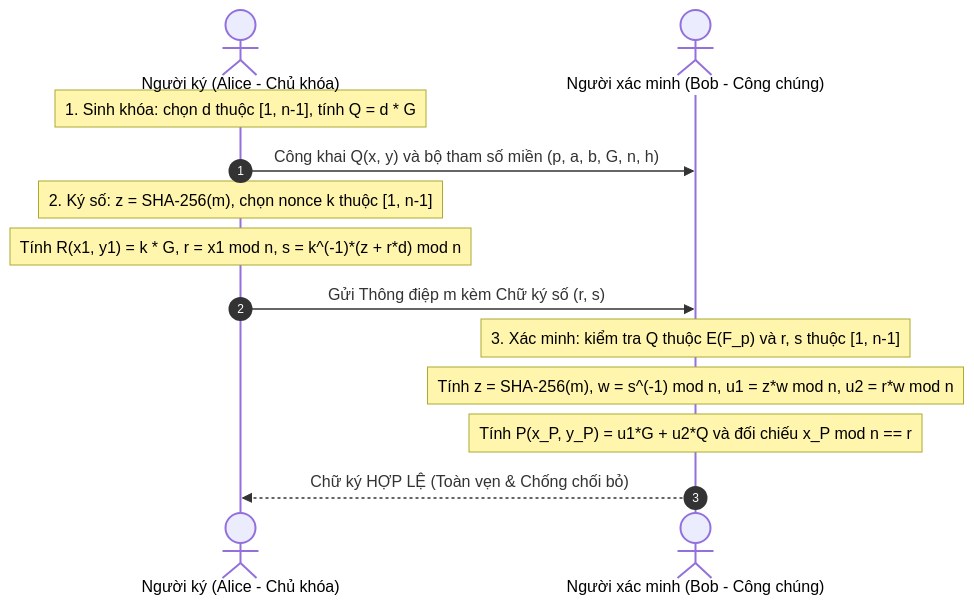
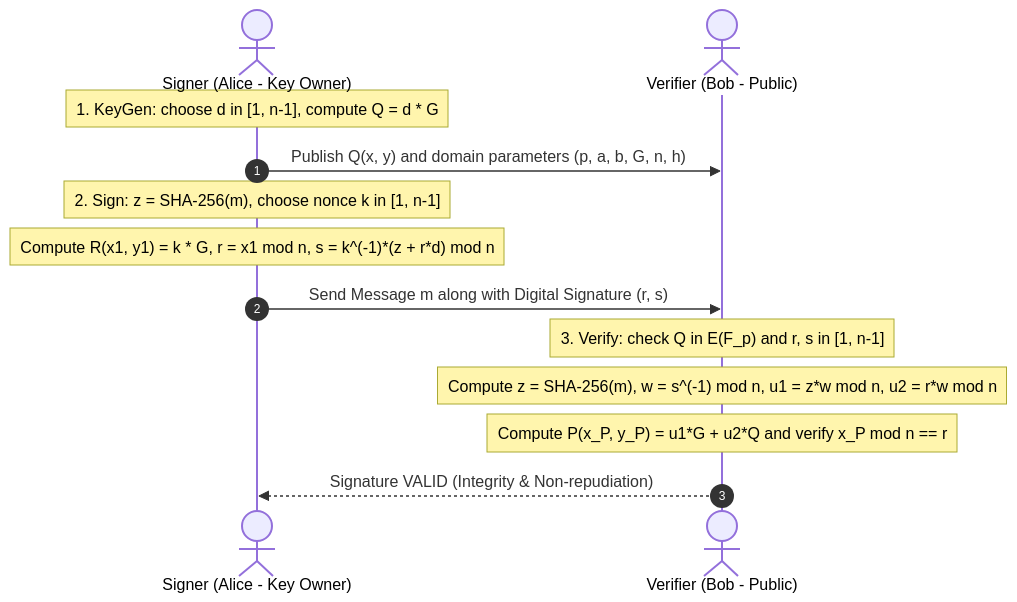
The fourth of 6 diagrams in docs/bao_cao_ecdsa.md (thuann2212/IS-TEXT-), drawn with Mermaid before and after one commit. The commit also changed other lines of this file and 5 other files, not shown here.

````diff
--- a/docs/bao_cao_ecdsa.md
+++ b/docs/bao_cao_ecdsa.md
@@ -210,15 +210,15 @@
 ```mermaid
 sequenceDiagram
     autonumber
-    actor Alice as Người ký (Alice - Chủ khóa)
-    actor Bob as Người xác minh (Bob - Công chúng)
-    Note over Alice: 1. Sinh khóa: chọn d thuộc [1, n-1], tính Q = d * G
-    Alice->>Bob: Công khai Q(x, y) và bộ tham số miền (p, a, b, G, n, h)
-    Note over Alice: 2. Ký số: z = SHA-256(m), chọn nonce k thuộc [1, n-1]
-    Note over Alice: Tính R(x1, y1) = k * G, r = x1 mod n, s = k^(-1)*(z + r*d) mod n
-    Alice->>Bob: Gửi Thông điệp m kèm Chữ ký số (r, s)
-    Note over Bob: 3. Xác minh: kiểm tra Q thuộc E(F_p) và r, s thuộc [1, n-1]
-    Note over Bob: Tính z = SHA-256(m), w = s^(-1) mod n, u1 = z*w mod n, u2 = r*w mod n
-    Note over Bob: Tính P(x_P, y_P) = u1*G + u2*Q và đối chiếu x_P mod n == r
-    Bob-->>Alice: Chữ ký HỢP LỆ (Toàn vẹn & Chống chối bỏ)
+    actor Alice as Signer (Alice - Key Owner)
+    actor Bob as Verifier (Bob - Public)
+    Note over Alice: 1. KeyGen: choose d in [1, n-1], compute Q = d * G
+    Alice->>Bob: Publish Q(x, y) and domain parameters (p, a, b, G, n, h)
+    Note over Alice: 2. Sign: z = SHA-256(m), choose nonce k in [1, n-1]
+    Note over Alice: Compute R(x1, y1) = k * G, r = x1 mod n, s = k^(-1)*(z + r*d) mod n
+    Alice->>Bob: Send Message m along with Digital Signature (r, s)
+    Note over Bob: 3. Verify: check Q in E(F_p) and r, s in [1, n-1]
+    Note over Bob: Compute z = SHA-256(m), w = s^(-1) mod n, u1 = z*w mod n, u2 = r*w mod n
+    Note over Bob: Compute P(x_P, y_P) = u1*G + u2*Q and verify x_P mod n == r
+    Bob-->>Alice: Signature VALID (Integrity & Non-repudiation)
 ```
````
